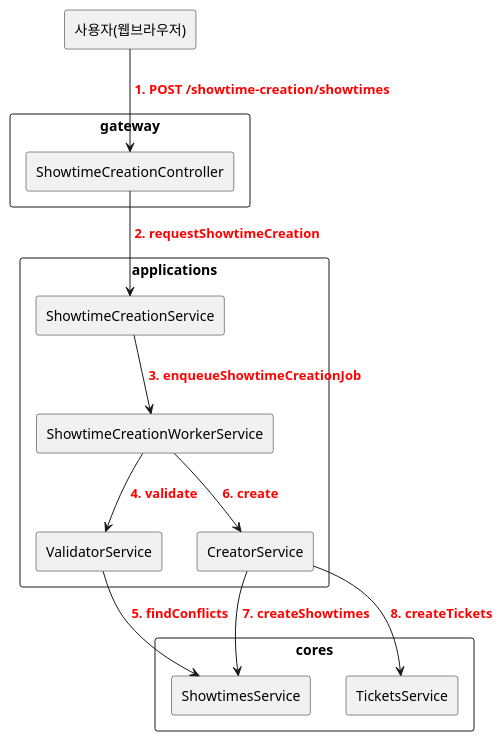
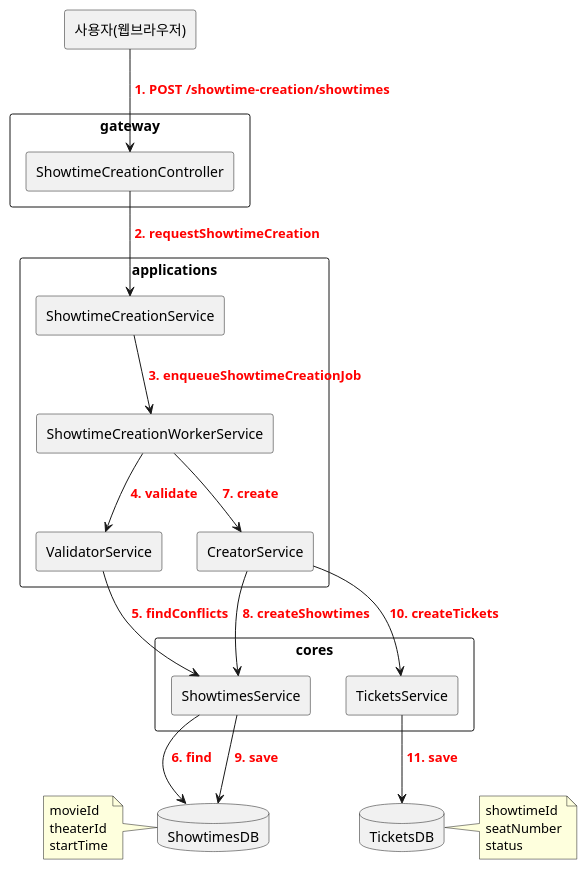
One commit to mannercode/mannercode.github.io changed diagram 19 of 23 in _posts/2026-06-11-backend-design-4.md. Above: the diagram before and after it, drawn with PlantUML. The commit also changed other lines of this file and 4 other files, not shown here.

```diff
--- a/_posts/2026-06-11-backend-design-4.md
+++ b/_posts/2026-06-11-backend-design-4.md
@@ -689,36 +689,54 @@
 {% plantuml %}
 @startuml
 skinparam componentStyle rectangle
 skinparam packageStyle rectangle
 skinparam shadowing false
 top to bottom direction
 
 component "사용자(웹브라우저)" as User
 
 package "gateway" {
 component "ShowtimeCreationController" as GController
 }
 
 package "applications" {
 component "ShowtimeCreationService" as AService
 component "ShowtimeCreationWorkerService" as AWorker
 component "ValidatorService" as AValidator
 component "CreatorService" as ACreator
 
 AService --> AWorker : <b><color:red> 3. enqueueShowtimeCreationJob</color></b>
 AWorker --> AValidator : <b><color:red> 4. validate</color></b>
-AWorker --> ACreator : <b><color:red> 6. create</color></b>
+AWorker --> ACreator : <b><color:red> 7. create</color></b>
 }
 
 package "cores" {
 component "ShowtimesService" as CShowtimes
 component "TicketsService" as CTickets
 }
 
+database "ShowtimesDB" as SDB
+database "TicketsDB" as TDB
+
+note left of SDB
+  movieId
+  theaterId
+  startTime
+end note
+
+note right of TDB
+  showtimeId
+  seatNumber
+  status
+end note
+
 User --> GController : <b><color:red> 1. POST /showtime-creation/showtimes</color></b>
 GController --> AService : <b><color:red> 2. requestShowtimeCreation</color></b>
 AValidator --> CShowtimes : <b><color:red> 5. findConflicts</color></b>
-ACreator --> CShowtimes : <b><color:red> 7. createShowtimes</color></b>
-ACreator --> CTickets : <b><color:red> 8. createTickets</color></b>
+ACreator --> CShowtimes : <b><color:red> 8. createShowtimes</color></b>
+ACreator --> CTickets : <b><color:red> 10. createTickets</color></b>
+CShowtimes --> SDB : <b><color:red> 6. find</color></b>
+CShowtimes --> SDB : <b><color:red> 9. save</color></b>
+CTickets --> TDB : <b><color:red> 11. save</color></b>
 @enduml
 {% endplantuml %}
```
